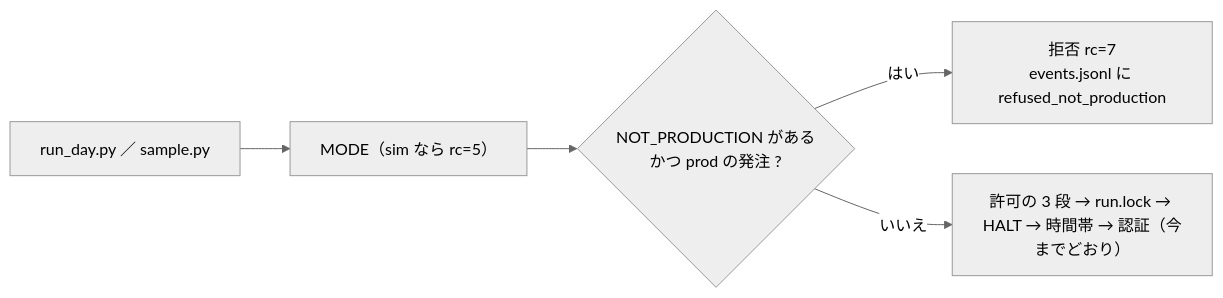
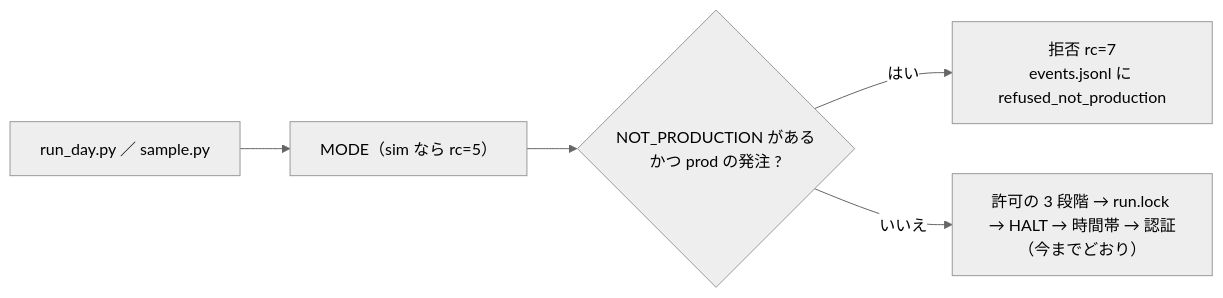
One commit to akiraak/ai-income-lab changed diagram 14 of 21 in docs/specs/experiments/live-trading.md. Above: the diagram before and after it, drawn with Mermaid (neutral theme). The commit also changed other lines of this file and 45 other files, not shown here.

````diff
--- a/docs/specs/experiments/live-trading.md
+++ b/docs/specs/experiments/live-trading.md
@@ -1097,7 +1097,7 @@
 ```mermaid
 flowchart LR
   S["run_day.py ／ sample.py"] --> M["MODE（sim なら rc=5）"]
   M --> N{"NOT_PRODUCTION がある<br/>かつ prod の発注 ?"}
   N -- "はい" --> R["拒否 rc=7<br/>events.jsonl に refused_not_production"]
-  N -- "いいえ" --> P["許可の 3 段 → run.lock → HALT → 時間帯 → 認証（今までどおり）"]
+  N -- "いいえ" --> P["許可の 3 段階 → run.lock → HALT → 時間帯 → 認証（今までどおり）"]
 ```
````
